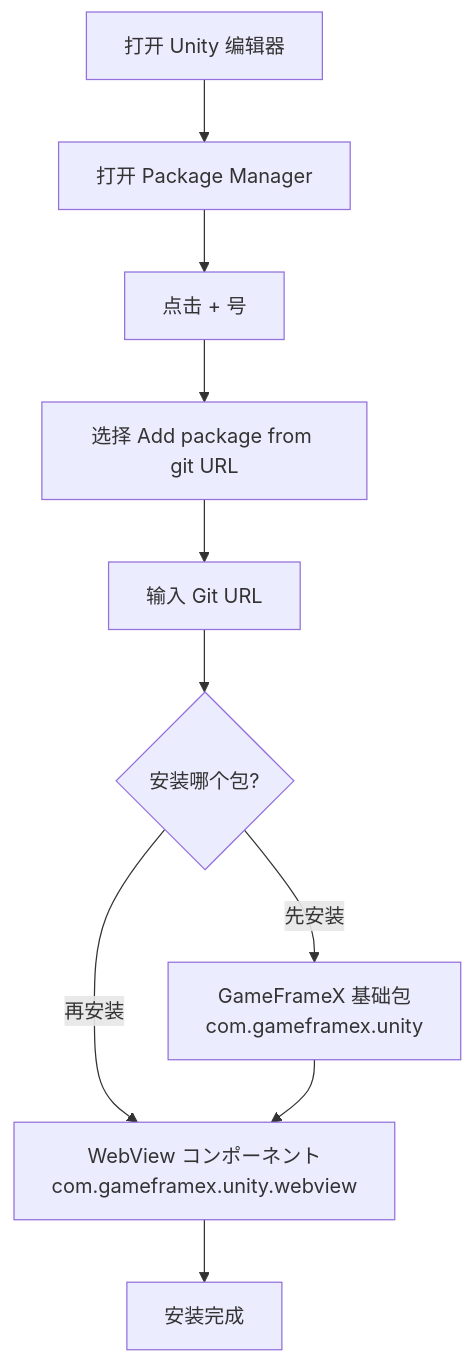
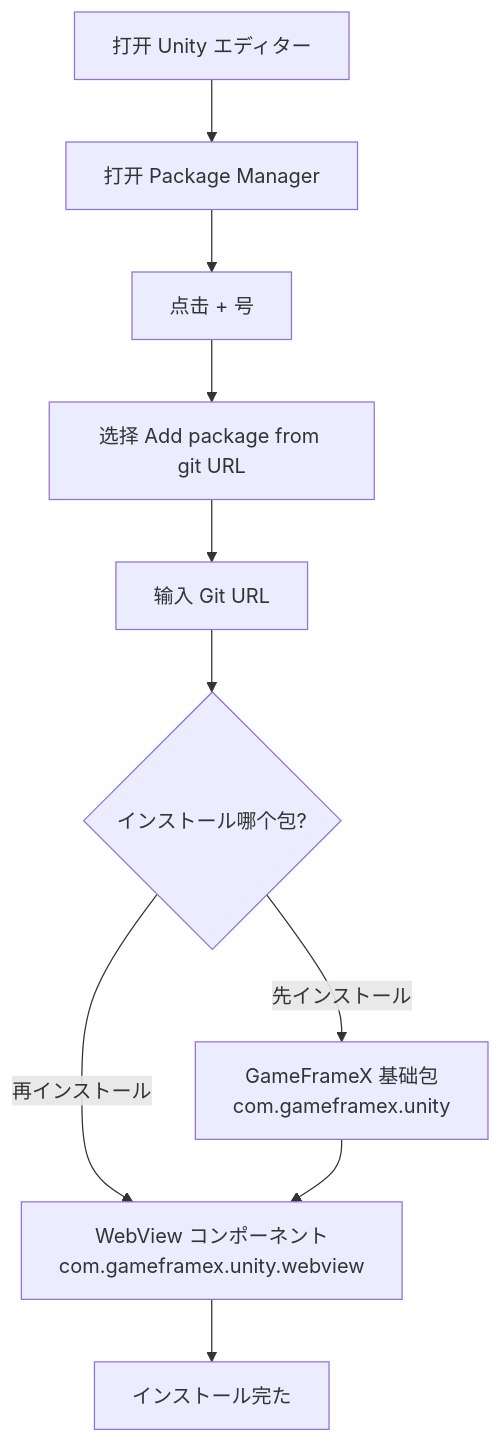
The diagram in docs/ja/client/unity/component/webview/02.installation.md (AlianBlank/GameFrameX.Docs), drawn with Mermaid before and after one commit. The commit also changed other lines of this file and 320 other files, not shown here.

````diff
--- a/docs/ja/client/unity/component/webview/02.installation.md
+++ b/docs/ja/client/unity/component/webview/02.installation.md
@@ -50,12 +50,12 @@
 ```mermaid
 flowchart TD
-    A[打开 Unity 编辑器] --> B[打开 Package Manager]
+    A[打开 Unity エディター] --> B[打开 Package Manager]
     B --> C[点击 + 号]
     C --> D[选择 Add package from git URL]
     D --> E[输入 Git URL]
-    E --> F{安装哪个包?}
-    F -->|先安装| G[GameFrameX 基础包<br/>com.gameframex.unity]
-    F -->|再安装| H[WebView コンポーネント<br/>com.gameframex.unity.webview]
+    E --> F{インストール哪个包?}
+    F -->|先インストール| G[GameFrameX 基础包<br/>com.gameframex.unity]
+    F -->|再インストール| H[WebView コンポーネント<br/>com.gameframex.unity.webview]
     G --> H
-    H --> I[安装完成]
+    H --> I[インストール完た]
 ```
````
